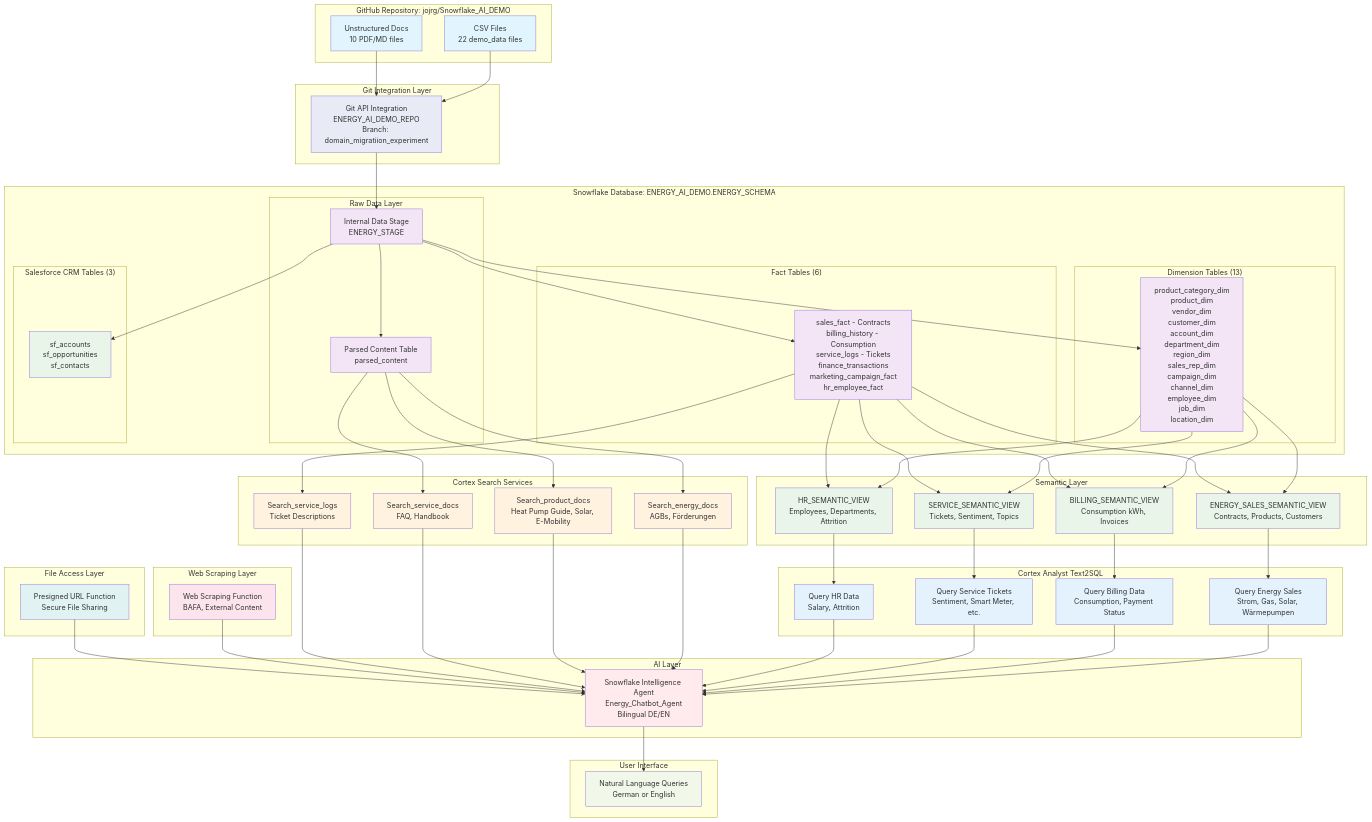
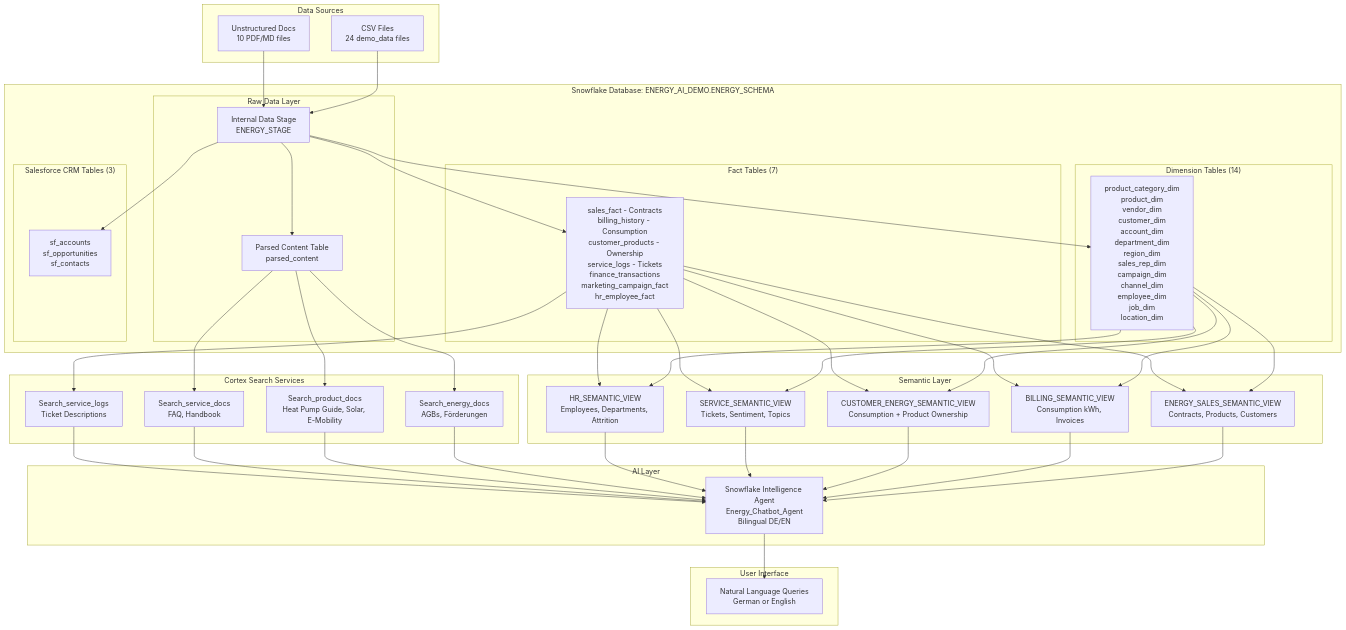
One commit to jojrg/Snowflake_EPower_Demo changed the diagram in README.md. Above: the diagram before and after it, drawn with Mermaid. The commit also changed other lines of this file and 27 other files, not shown here.

````diff
--- a/README.md
+++ b/README.md
@@ -54,12 +47,8 @@
 ```mermaid
 graph TD
-    subgraph "GitHub Repository: jojrg/Snowflake_AI_DEMO"
-        B[CSV Files<br/>22 demo_data files]
+    subgraph "Data Sources"
+        B[CSV Files<br/>24 demo_data files]
         C[Unstructured Docs<br/>10 PDF/MD files]
-    end
-
-    subgraph "Git Integration Layer"
-        A[Git API Integration<br/>ENERGY_AI_DEMO_REPO<br/>Branch: domain_migratiion_experiment]
     end
 
     subgraph "Snowflake Database: ENERGY_AI_DEMO.ENERGY_SCHEMA"
@@ -68,12 +57,12 @@
             E[Parsed Content Table<br/>parsed_content]
         end
         
-        subgraph "Dimension Tables (13)"
+        subgraph "Dimension Tables (14)"
             F[product_category_dim<br/>product_dim<br/>vendor_dim<br/>customer_dim<br/>account_dim<br/>department_dim<br/>region_dim<br/>sales_rep_dim<br/>campaign_dim<br/>channel_dim<br/>employee_dim<br/>job_dim<br/>location_dim]
         end
         
-        subgraph "Fact Tables (6)"
-            G[sales_fact - Contracts<br/>billing_history - Consumption<br/>service_logs - Tickets<br/>finance_transactions<br/>marketing_campaign_fact<br/>hr_employee_fact]
+        subgraph "Fact Tables (7)"
+            G[sales_fact - Contracts<br/>billing_history - Consumption<br/>customer_products - Ownership<br/>service_logs - Tickets<br/>finance_transactions<br/>marketing_campaign_fact<br/>hr_employee_fact]
         end
         
         subgraph "Salesforce CRM Tables (3)"
@@ -84,15 +73,9 @@
     subgraph "Semantic Layer"
         H[ENERGY_SALES_SEMANTIC_VIEW<br/>Contracts, Products, Customers]
         I[BILLING_SEMANTIC_VIEW<br/>Consumption kWh, Invoices]
+        CE[CUSTOMER_ENERGY_SEMANTIC_VIEW<br/>Consumption + Product Ownership]
         J[SERVICE_SEMANTIC_VIEW<br/>Tickets, Sentiment, Topics]
         K[HR_SEMANTIC_VIEW<br/>Employees, Departments, Attrition]
-    end
-
-    subgraph "Cortex Analyst Text2SQL"
-        S[Query Energy Sales<br/>Strom, Gas, Solar, Wärmepumpen]
-        T[Query Billing Data<br/>Consumption, Payment Status]
-        U[Query Service Tickets<br/>Sentiment, Smart Meter, etc.]
-        V[Query HR Data<br/>Salary, Attrition]
     end
 
     subgraph "Cortex Search Services"
@@ -100,14 +83,6 @@
         M[Search_product_docs<br/>Heat Pump Guide, Solar, E-Mobility]
         N[Search_service_docs<br/>FAQ, Handbook]
         O[Search_service_logs<br/>Ticket Descriptions]
-    end
-
-    subgraph "Web Scraping Layer"
-        WS[Web Scraping Function<br/>BAFA, External Content]
-    end
-
-    subgraph "File Access Layer"
-        FA[Presigned URL Function<br/>Secure File Sharing]
     end
 
     subgraph "AI Layer"
@@ -118,74 +93,38 @@
         Q[Natural Language Queries<br/>German or English]
     end
 
-    %% Data Flow
-    B --> A
-    C --> A
-    A --> D
+    B --> D
+    C --> D
     D --> F
     D --> G
     D --> SF
     D --> E
     
-    %% Semantic Views
     F --> H
     G --> H
     F --> I
     G --> I
+    F --> CE
+    G --> CE
     F --> J
     G --> J
     F --> K
     G --> K
     
-    %% Cortex Analyst connections
-    H --> S
-    I --> T
-    J --> U
-    K --> V
+    H --> P
+    I --> P
+    CE --> P
+    J --> P
+    K --> P
+    L --> P
+    M --> P
+    N --> P
+    O --> P
     
-    %% Search Services
     E --> L
     E --> M
     E --> N
     G --> O
     
-    %% Agent Connections
-    S --> P
-    T --> P
-    U --> P
-    V --> P
-    L --> P
-    M --> P
-    N --> P
-    O --> P
-    WS --> P
-    FA --> P
-    
-    %% User Access
     P --> Q
-
-    %% Styling
-    classDef dataSource fill:#e1f5fe
-    classDef gitIntegration fill:#e8eaf6
-    classDef database fill:#f3e5f5
-    classDef crm fill:#e8f5e8
-    classDef semantic fill:#e8f5e8
-    classDef analyst fill:#e3f2fd
-    classDef search fill:#fff3e0
-    classDef webscrape fill:#fce4ec
-    classDef fileaccess fill:#e0f2f1
-    classDef agent fill:#ffebee
-    classDef user fill:#f1f8e9
-    
-    class B,C dataSource
-    class A gitIntegration
-    class D,E,F,G database
-    class SF crm
-    class H,I,J,K semantic
-    class S,T,U,V analyst
-    class L,M,N,O search
-    class WS webscrape
-    class FA fileaccess
-    class P agent
-    class Q user
 ```
````
